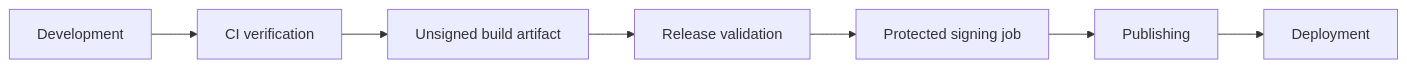
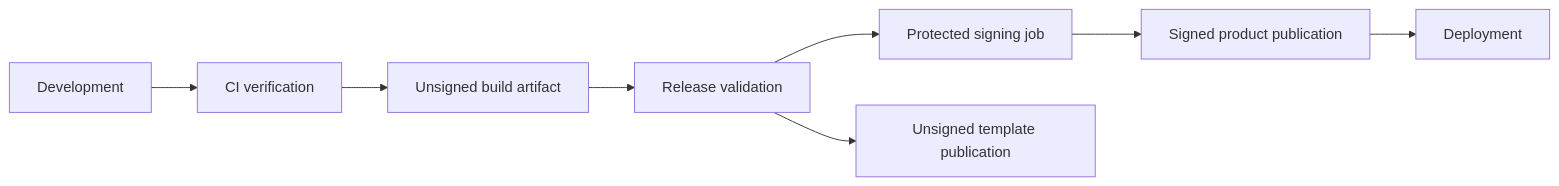
One commit to kleiveist/Template-Projekte changed the diagram in docs/tools/release-model.md. Above: the diagram before and after it, drawn with Mermaid. The commit also changed other lines of this file and 23 other files, not shown here.

````diff
--- a/docs/tools/release-model.md
+++ b/docs/tools/release-model.md
@@ -36,12 +38,14 @@
 ```mermaid
 flowchart LR
     Development[Development]
     CI[CI verification]
     Artifact[Unsigned build artifact]
     Gate[Release validation]
     Signing[Protected signing job]
-    Publishing[Publishing]
+    TemplatePublishing[Unsigned template publication]
+    ProductPublishing[Signed product publication]
     Deployment[Deployment]
 
-    Development --> CI --> Artifact --> Gate --> Signing --> Publishing --> Deployment
+    Development --> CI --> Artifact --> Gate --> TemplatePublishing
+    Gate --> Signing --> ProductPublishing --> Deployment
 ```
````
